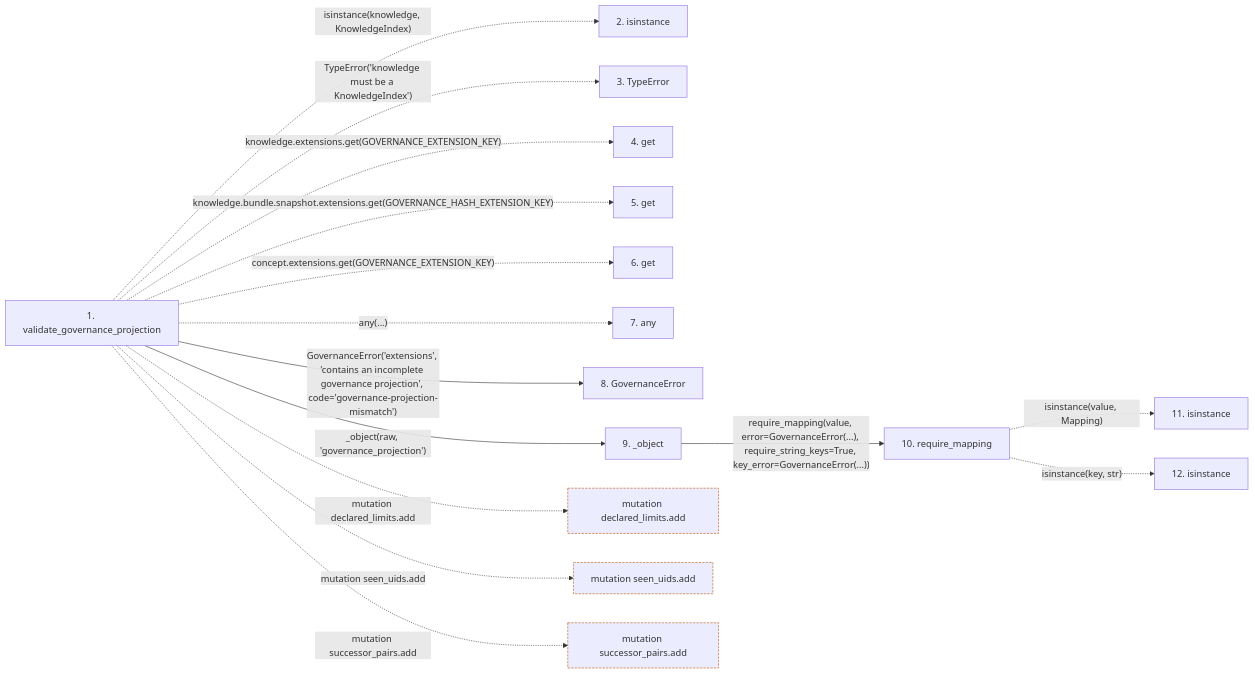
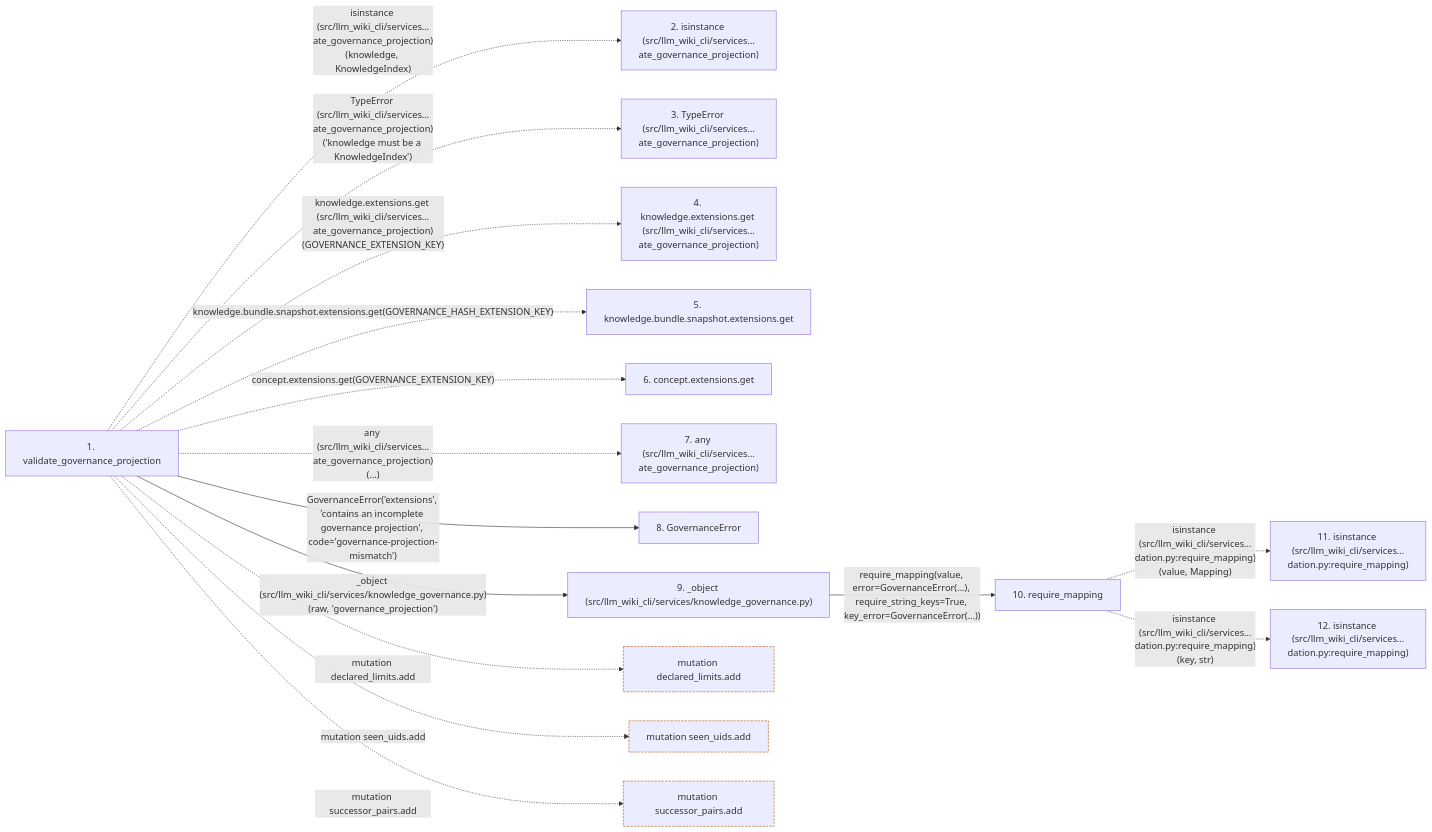
One commit to Denissvgn/python-wiki-llm changed the second of 2 diagrams in docs/llm_wiki/flows/api-validate_governance_projection.md. Above: the diagram before and after it, drawn with Mermaid. The commit also changed other lines of this file and 719 other files, not shown here.

````diff
--- a/docs/llm_wiki/flows/api-validate_governance_projection.md
+++ b/docs/llm_wiki/flows/api-validate_governance_projection.md
@@ -80,40 +84,40 @@
 ```mermaid
 flowchart LR
     s1["1. validate_governance_projection"]
-    s2["2. isinstance"]
-    s3["3. TypeError"]
-    s4["4. get"]
-    s5["5. get"]
-    s6["6. get"]
-    s7["7. any"]
+    s2["2. isinstance (src/llm_wiki_cli/services…ate_governance_projection)"]
+    s3["3. TypeError (src/llm_wiki_cli/services…ate_governance_projection)"]
+    s4["4. knowledge.extensions.get (src/llm_wiki_cli/services…ate_governance_projection)"]
+    s5["5. knowledge.bundle.snapshot.extensions.get"]
+    s6["6. concept.extensions.get"]
+    s7["7. any (src/llm_wiki_cli/services…ate_governance_projection)"]
     s8["8. GovernanceError"]
-    s9["9. _object"]
+    s9["9. _object (src/llm_wiki_cli/services/knowledge_governance.py)"]
     s10["10. require_mapping"]
-    s11["11. isinstance"]
-    s12["12. isinstance"]
-    s1 -. "isinstance(knowledge, KnowledgeIndex)" .-> s2
-    s1 -. "TypeError('knowledge must be a KnowledgeIndex')" .-> s3
-    s1 -. "knowledge.extensions.get(GOVERNANCE_EXTENSION_KEY)" .-> s4
+    s11["11. isinstance (src/llm_wiki_cli/services…dation.py:require_mapping)"]
+    s12["12. isinstance (src/llm_wiki_cli/services…dation.py:require_mapping)"]
+    s1 -. "isinstance (src/llm_wiki_cli/services…ate_governance_projection)(knowledge, KnowledgeIndex)" .-> s2
+    s1 -. "TypeError (src/llm_wiki_cli/services…ate_governance_projection)('knowledge must be a KnowledgeIndex')" .-> s3
+    s1 -. "knowledge.extensions.get (src/llm_wiki_cli/services…ate_governance_projection)(GOVERNANCE_EXTENSION_KEY)" .-> s4
     s1 -. "knowledge.bundle.snapshot.extensions.get(GOVERNANCE_HASH_EXTENSION_KEY)" .-> s5
     s1 -. "concept.extensions.get(GOVERNANCE_EXTENSION_KEY)" .-> s6
-    s1 -. "any(...)" .-> s7
+    s1 -. "any (src/llm_wiki_cli/services…ate_governance_projection)(...)" .-> s7
     s1 -->|"GovernanceError('extensions', 'contains an incomplete governance projection', code='governance-projection-mismatch')"| s8
-    s1 -->|"_object(raw, 'governance_projection')"| s9
+    s1 -->|"_object (src/llm_wiki_cli/services/knowledge_governance.py)(raw, 'governance_projection')"| s9
     s9 -->|"require_mapping(value, error=GovernanceError(...), require_string_keys=True, key_error=GovernanceError(...))"| s10
-    s10 -. "isinstance(value, Mapping)" .-> s11
-    s10 -. "isinstance(key, str)" .-> s12
+    s10 -. "isinstance (src/llm_wiki_cli/services…dation.py:require_mapping)(value, Mapping)" .-> s11
+    s10 -. "isinstance (src/llm_wiki_cli/services…dation.py:require_mapping)(key, str)" .-> s12
     b0["mutation declared_limits.add"]
     s1 -. "mutation declared_limits.add" .-> b0
     b1["mutation seen_uids.add"]
     s1 -. "mutation seen_uids.add" .-> b1
     b2["mutation successor_pairs.add"]
     s1 -. "mutation successor_pairs.add" .-> b2
     click s1 "../modules/knowledge_governance.md"
     click s8 "../modules/knowledge_governance.md"
     click s9 "../modules/knowledge_governance.md"
     click s10 "../modules/validation.md"
     classDef boundary stroke:#b45309,stroke-dasharray: 4 2
     class b0 boundary
     class b1 boundary
     class b2 boundary
 ```
````
